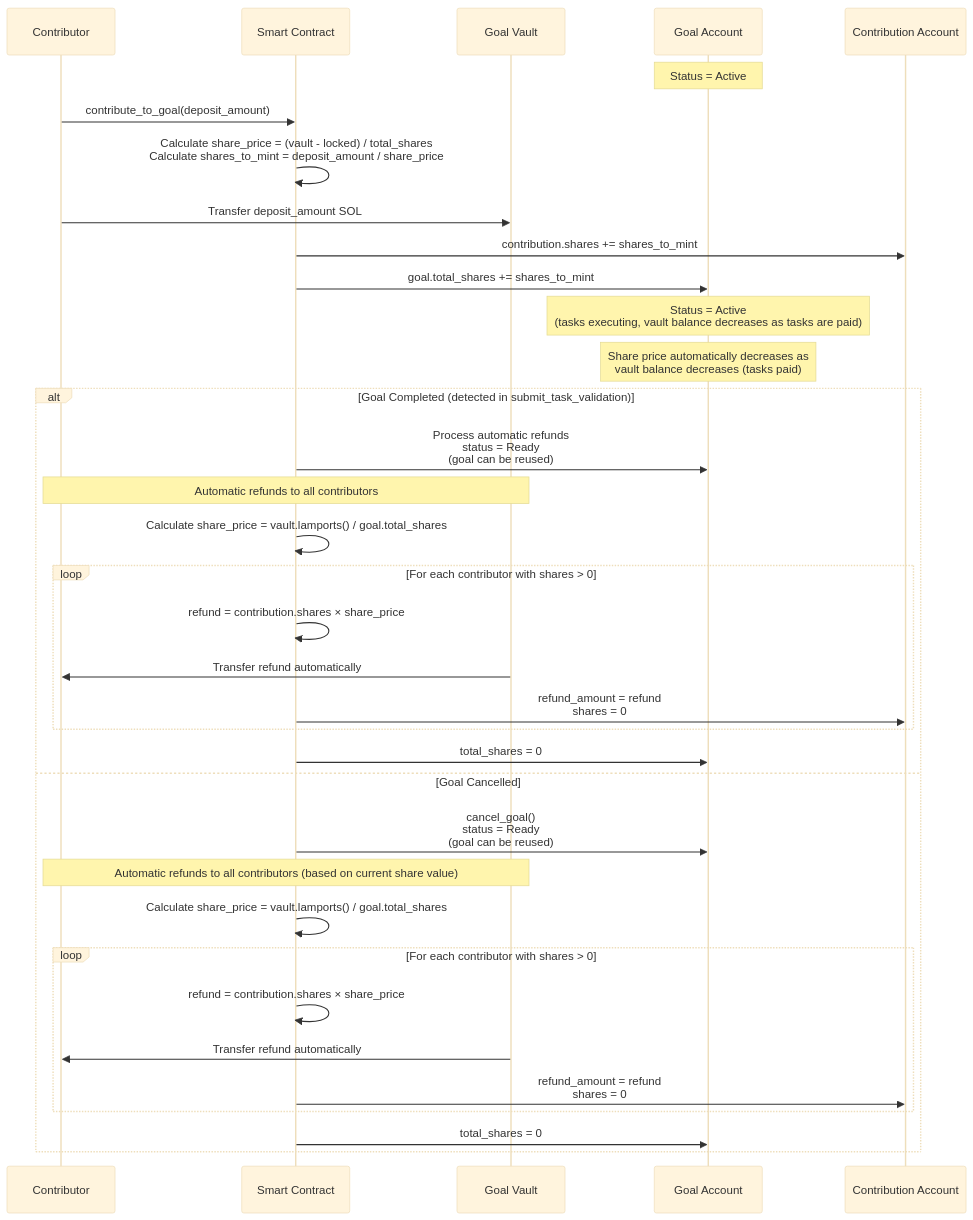
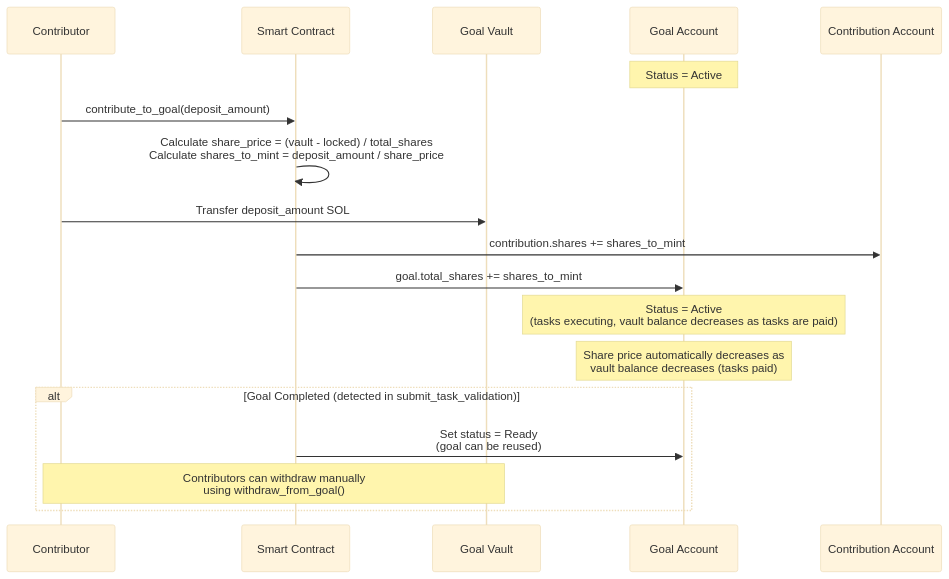
One commit to JorgeCosta87/decentralized-autonomous-computing changed the ninth of 13 diagrams in docs/design.md. Above: the diagram before and after it, drawn with Mermaid (base theme). The commit also changed other lines of this file and 1 other file, not shown here.

````diff
--- a/docs/design.md
+++ b/docs/design.md
@@ -449,51 +484,26 @@
 ```mermaid
 sequenceDiagram
     participant C as Contributor
     participant DAC as Smart Contract
     participant Vault as Goal Vault
     participant Goal as Goal Account
     participant Contrib as Contribution Account
     
     Note over Goal: Status = Active
     
     C->>DAC: contribute_to_goal(deposit_amount)
     DAC->>DAC: Calculate share_price = (vault - locked) / total_shares<br/>Calculate shares_to_mint = deposit_amount / share_price
     C->>Vault: Transfer deposit_amount SOL
     DAC->>Contrib: contribution.shares += shares_to_mint
     DAC->>Goal: goal.total_shares += shares_to_mint
     
     Note over Goal: Status = Active<br/>(tasks executing, vault balance decreases as tasks are paid)
     
     Note over Goal: Share price automatically decreases as<br/>vault balance decreases (tasks paid)
     
     alt Goal Completed (detected in submit_task_validation)
-        DAC->>Goal: Process automatic refunds<br/>status = Ready<br/>(goal can be reused)
+        DAC->>Goal: Set status = Ready<br/>(goal can be reused)
         
-        Note over C,Vault: Automatic refunds to all contributors
-        
-        DAC->>DAC: Calculate share_price = vault.lamports() / goal.total_shares
-        
-        loop For each contributor with shares > 0
-            DAC->>DAC: refund = contribution.shares × share_price
-            Vault->>C: Transfer refund automatically
-            DAC->>Contrib: refund_amount = refund<br/>shares = 0
-        end
-        
-        DAC->>Goal: total_shares = 0
-        
-    else Goal Cancelled
-        DAC->>Goal: cancel_goal()<br/>status = Ready<br/>(goal can be reused)
-        
-        Note over C,Vault: Automatic refunds to all contributors (based on current share value)
-        
-        DAC->>DAC: Calculate share_price = vault.lamports() / goal.total_shares
-        
-        loop For each contributor with shares > 0
-            DAC->>DAC: refund = contribution.shares × share_price
-            Vault->>C: Transfer refund automatically
-            DAC->>Contrib: refund_amount = refund<br/>shares = 0
-        end
-        
-        DAC->>Goal: total_shares = 0
+        Note over C,Vault: Contributors can withdraw manually<br/>using withdraw_from_goal()
     end
 ```
````
